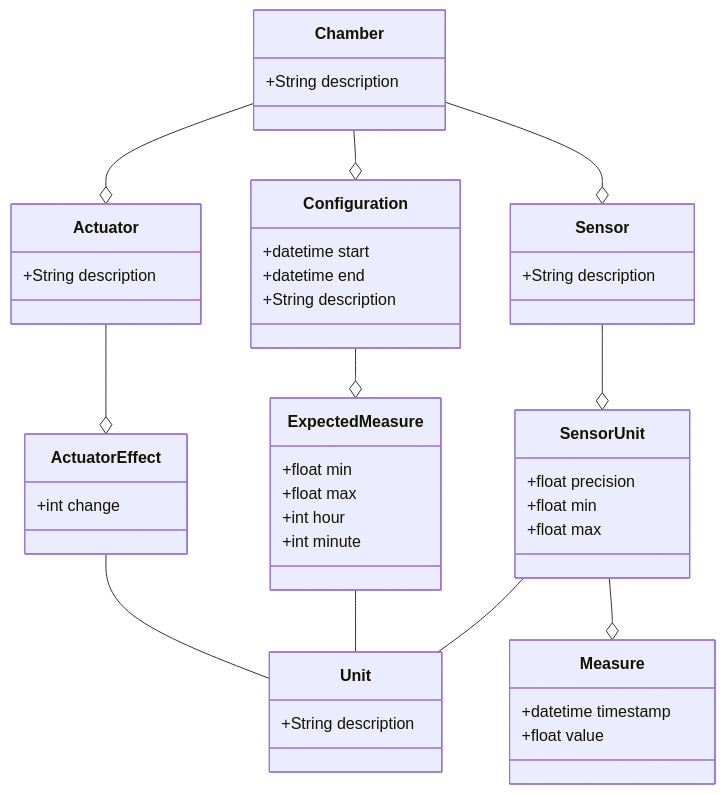
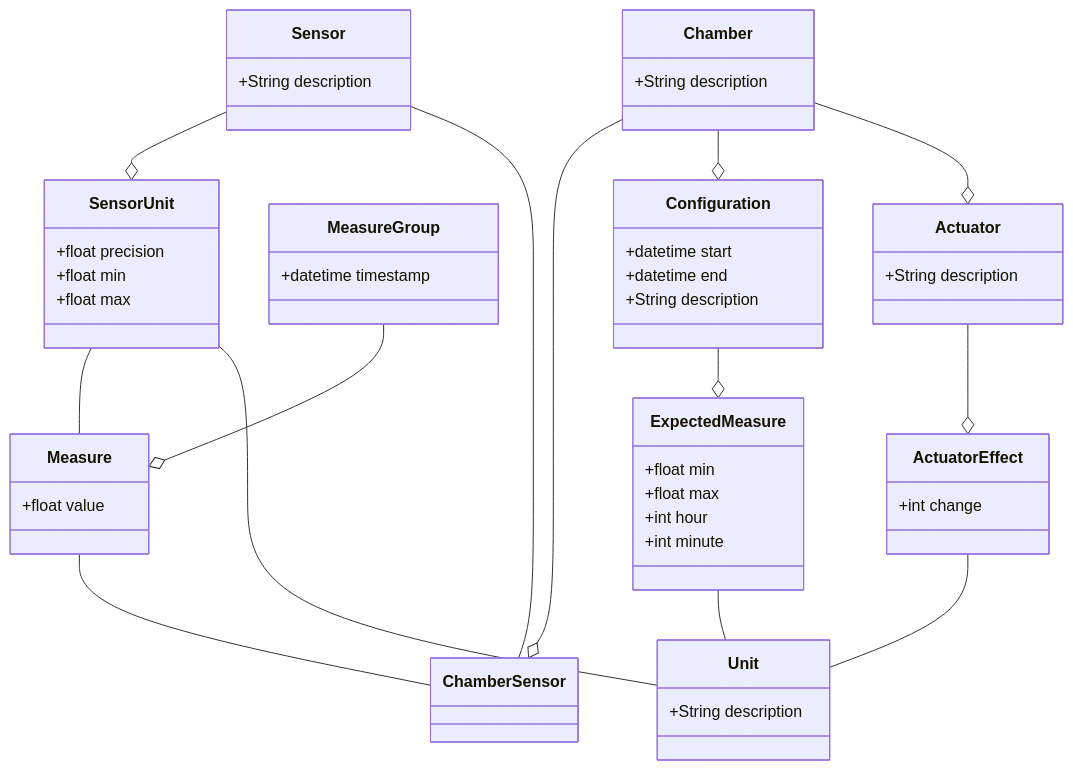
The diagram in docs/database_design.md (GrowCab/GC_database), drawn with Mermaid before and after one commit.

Commit message:
Reviewed db schema

````diff
--- a/docs/database_design.md
+++ b/docs/database_design.md
@@ -1,57 +1,63 @@
 ```mermaid
 classDiagram
 
 class Sensor{
     +String description
 }
 
 class SensorUnit{
     +float precision
     +float min
     +float max
 }
 
 class Unit{
     +String description
 }
 
+class MeasureGroup{
+    +datetime timestamp
+}
+
 class Measure{
-    +datetime timestamp
     +float value
 }
 
 class ExpectedMeasure{
     +float min
     +float max
     +int hour
     +int minute
 }
 class Configuration{
     +datetime start
     +datetime end
     +String description
 }
 class Chamber{
     +String description
 }
 
 class Actuator{
     +String description
 }
 
 class ActuatorEffect{
     +int change
 }
 
+MeasureGroup --o Measure
+Measure -- ChamberSensor
+SensorUnit -- Measure
 Sensor --o SensorUnit
 SensorUnit -- Unit
-SensorUnit --o Measure
+Chamber --o ChamberSensor
+Sensor -- ChamberSensor
 ExpectedMeasure -- Unit
 Configuration --o ExpectedMeasure
 Chamber --o Configuration
-Chamber --o Sensor
 Chamber --o Actuator
 Actuator --o ActuatorEffect
 ActuatorEffect -- Unit
 
 ```
````
